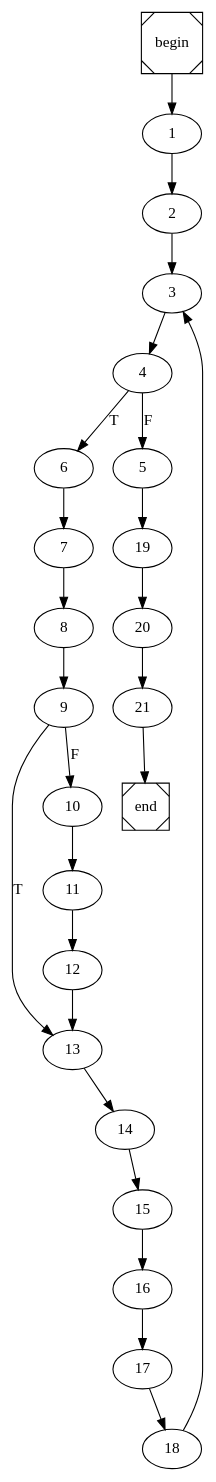
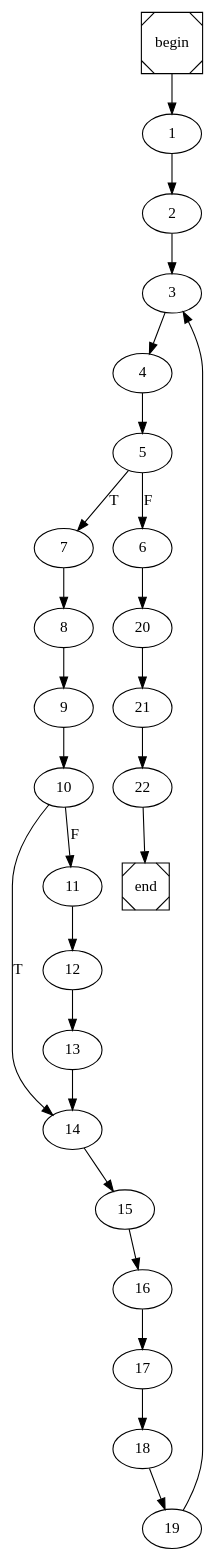
Before and after one commit to ivSaav/COMP: the diagram in printField.dot, drawn with Graphviz. The commit also changed 37 other files, not shown here.

```diff
--- a/printField.dot
+++ b/printField.dot
@@ -1,4 +1,4 @@
 digraph cfg {
 	begin [shape=Msquare];
 	end [shape=Msquare];
-	begin -> 1;	1 -> 2;	2 -> 3;	3 -> 4;	4 -> 6[label=T];	4 -> 5[label=F];	5 -> 19;	6 -> 7;	7 -> 8;	8 -> 9;	9 -> 13[label=T];	9 -> 10[label=F];	10 -> 11;	11 -> 12;	12 -> 13;	13 -> 14;	14 -> 15;	15 -> 16;	16 -> 17;	17 -> 18;	18 -> 3;	19 -> 20;	20 -> 21;	21 -> end;}
+	begin -> 1;	1 -> 2;	2 -> 3;	3 -> 4;	4 -> 5;	5 -> 7[label=T];	5 -> 6[label=F];	6 -> 20;	7 -> 8;	8 -> 9;	9 -> 10;	10 -> 14[label=T];	10 -> 11[label=F];	11 -> 12;	12 -> 13;	13 -> 14;	14 -> 15;	15 -> 16;	16 -> 17;	17 -> 18;	18 -> 19;	19 -> 3;	20 -> 21;	21 -> 22;	22 -> end;}
```
